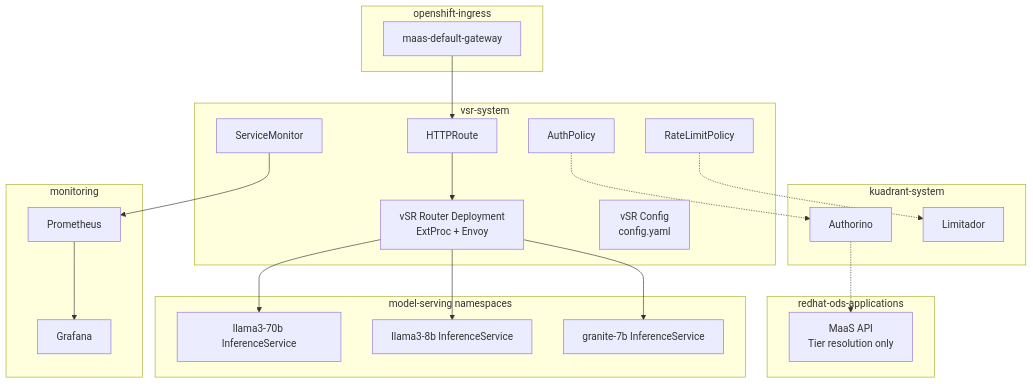
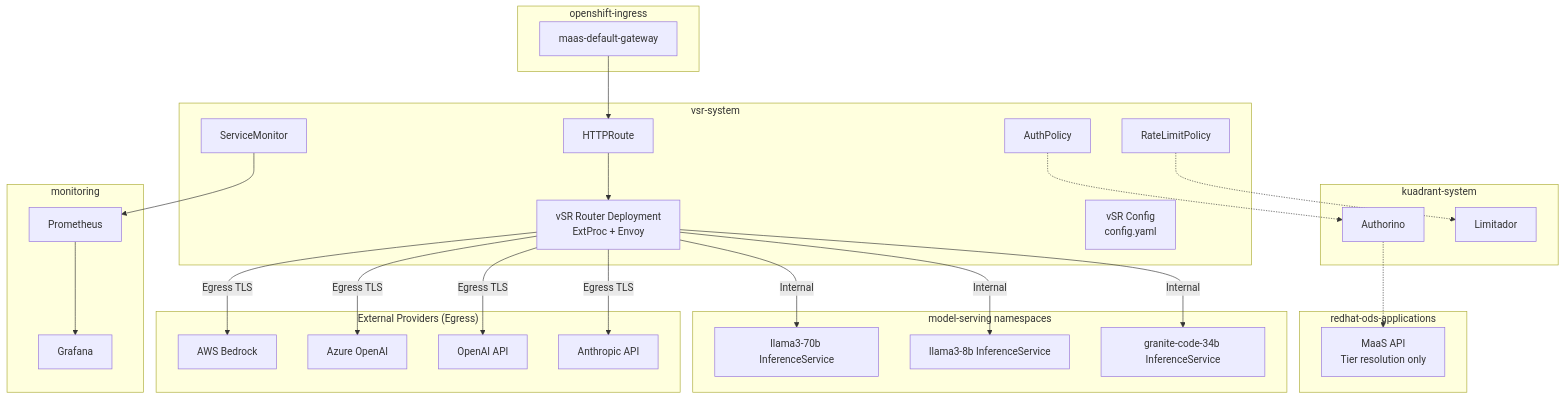
One commit to noyitz/maas-designs changed the ninth of 9 diagrams in vsr-maas-integration/phase-1-design-v1.2.md. Above: the diagram before and after it, drawn with Mermaid. The commit also changed other lines of this file, not shown here.

First line of the commit message:
Add egress and external model support to Phase 1 design

````diff
--- a/vsr-maas-integration/phase-1-design-v1.2.md
+++ b/vsr-maas-integration/phase-1-design-v1.2.md
@@ -721,46 +1205,57 @@
 ```mermaid
 graph TB
     subgraph "openshift-ingress"
         Gateway[maas-default-gateway]
     end
 
     subgraph "kuadrant-system"
         Authorino[Authorino]
         Limitador[Limitador]
     end
 
     subgraph "redhat-ods-applications"
         MaaSAPI[MaaS API<br/>Tier resolution only]
     end
 
     subgraph "vsr-system"
         vSRDeploy[vSR Router Deployment<br/>ExtProc + Envoy]
         vSRConfig[vSR Config<br/>config.yaml]
         AuthP[AuthPolicy]
         RLP[RateLimitPolicy]
         Route[HTTPRoute]
         SvcMon[ServiceMonitor]
     end
 
     subgraph "model-serving namespaces"
         KServe1[llama3-70b InferenceService]
         KServe2[llama3-8b InferenceService]
-        KServe3[granite-7b InferenceService]
+        KServe3[granite-code-34b InferenceService]
+    end
+
+    subgraph "External Providers (Egress)"
+        Bedrock[AWS Bedrock]
+        AzureOAI[Azure OpenAI]
+        OpenAIAPI[OpenAI API]
+        AnthropicAPI[Anthropic API]
     end
 
     subgraph "monitoring"
         Prometheus[Prometheus]
         Grafana[Grafana]
     end
 
     Gateway --> Route
     Route --> vSRDeploy
     AuthP -.-> Authorino
     RLP -.-> Limitador
     Authorino -.-> MaaSAPI
-    vSRDeploy --> KServe1
-    vSRDeploy --> KServe2
-    vSRDeploy --> KServe3
+    vSRDeploy -->|Internal| KServe1
+    vSRDeploy -->|Internal| KServe2
+    vSRDeploy -->|Internal| KServe3
+    vSRDeploy -->|Egress TLS| Bedrock
+    vSRDeploy -->|Egress TLS| AzureOAI
+    vSRDeploy -->|Egress TLS| OpenAIAPI
+    vSRDeploy -->|Egress TLS| AnthropicAPI
     SvcMon --> Prometheus
     Prometheus --> Grafana
 ```
````
